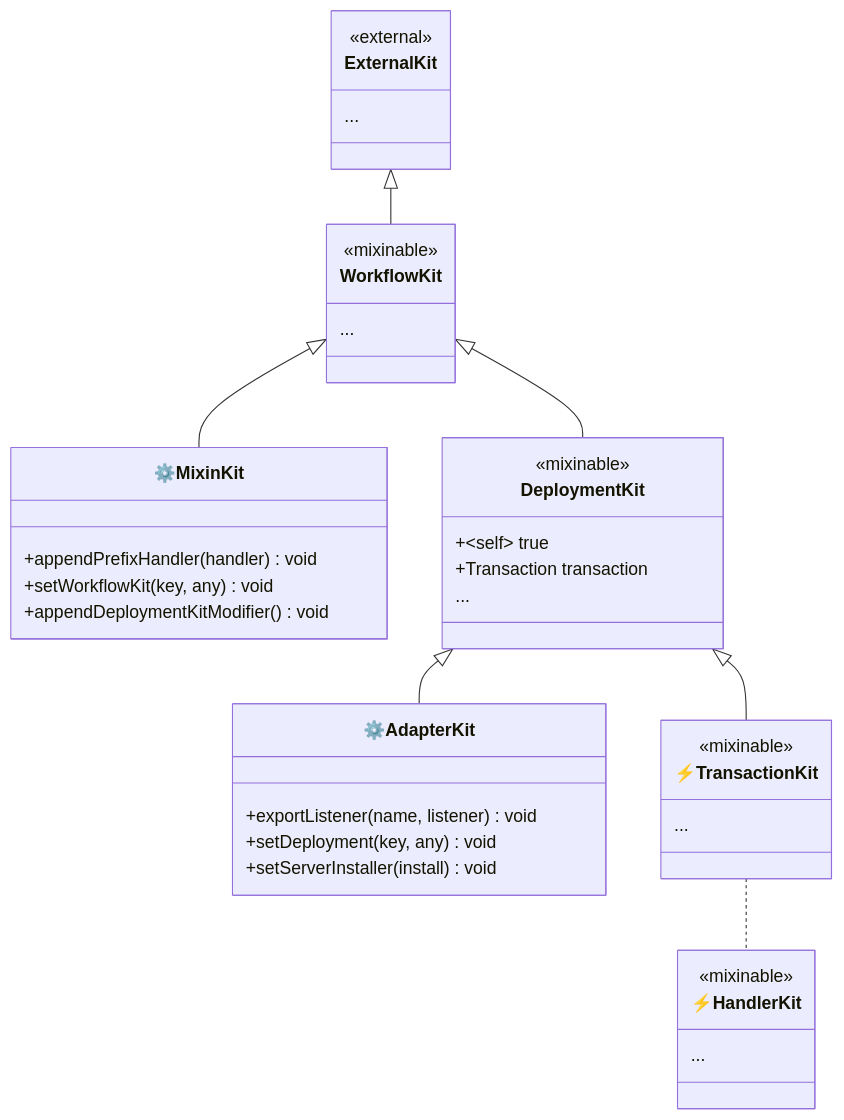
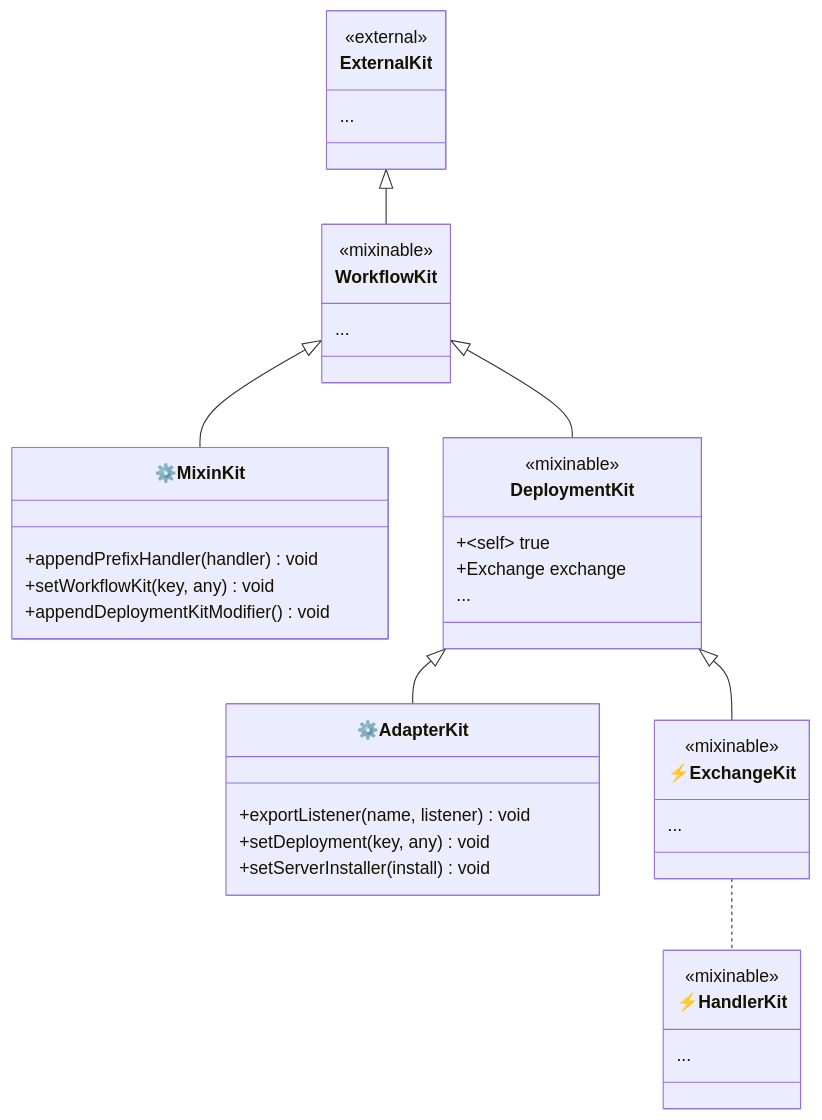
The diagram in packages/workflow/DESIGN.md (produck/kitty), drawn with Mermaid before and after one commit. The commit also changed other lines of this file and 9 other files, not shown here.

Commit message:
@produck/kitty-workflow: [REFACTOR] <docs>: split stable architecture notes from design draft [REFACTOR] <docs>: migrate workflow terminology from transaction to exchange

````diff
--- a/packages/workflow/DESIGN.md
+++ b/packages/workflow/DESIGN.md
@@ -99,43 +104,43 @@
 ```mermaid
 classDiagram
   class ExternalKit {
     <<external>>
     ...
   }
   class WorkflowKit {
     <<mixinable>>
     ...
   }
   class MixinKit["⚙️MixinKit"] {
     +appendPrefixHandler(handler) void
     +setWorkflowKit(key, any) void
     +appendDeploymentKitModifier() void
   }
   class DeploymentKit {
     <<mixinable>>
     +~self~ true
-    +Transaction transaction
+    +Exchange exchange
     ...
   }
   class AdapterKit["⚙️AdapterKit"] {
     +exportListener(name, listener) void
     +setDeployment(key, any) void
     +setServerInstaller(install) void
   }
-  class TransactionKit["⚡TransactionKit"] {
+  class ExchangeKit["⚡ExchangeKit"] {
     <<mixinable>>
     ...
   }
   class HandlerKit["⚡HandlerKit"] {
     <<mixinable>>
     ...
   }
 
   ExternalKit <|-- WorkflowKit
   WorkflowKit <|-- MixinKit
   WorkflowKit <|-- DeploymentKit
-  DeploymentKit <|-- TransactionKit
+  DeploymentKit <|-- ExchangeKit
   DeploymentKit <|-- AdapterKit
-  TransactionKit .. HandlerKit
+  ExchangeKit .. HandlerKit
 
 ```
````
